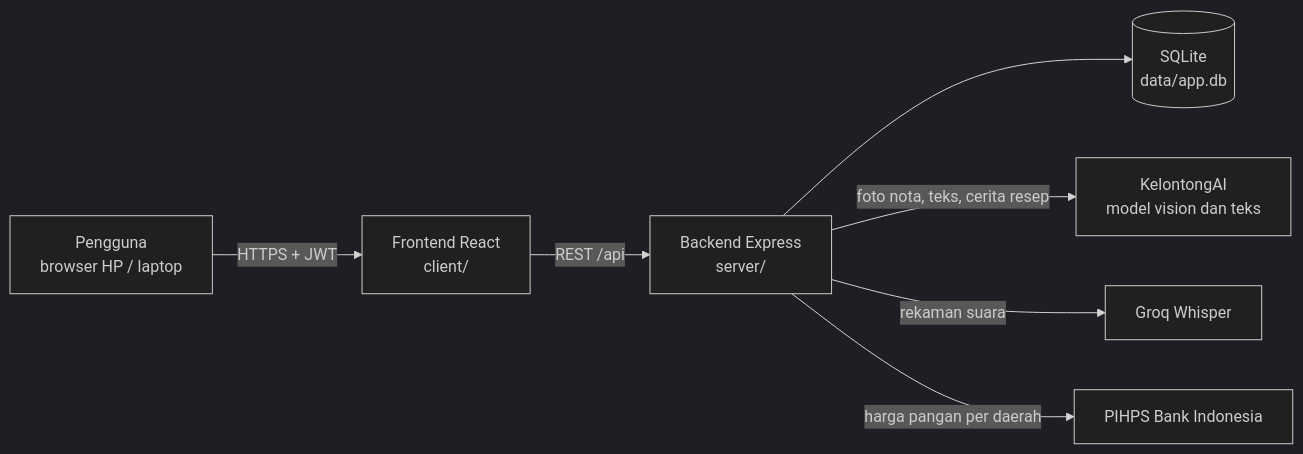
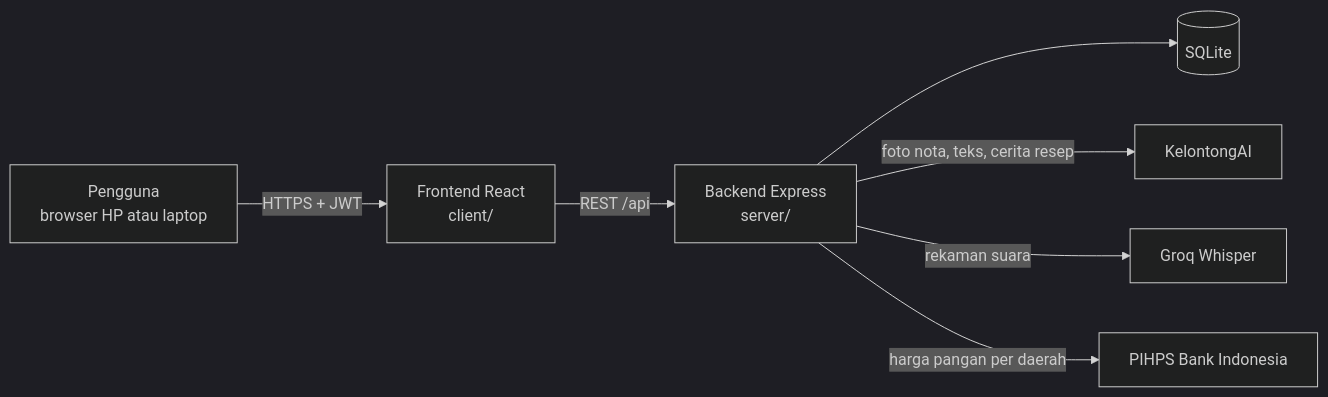
Before and after one commit to Ramadeva1101/TAKARIN_AI: the first of 2 diagrams in README.md, drawn with Mermaid (dark theme). The commit also changed other lines of this file, not shown here.

Commit message:
docs: README ditulis ulang dengan data tim dan model AI terbaru

````diff
--- a/README.md
+++ b/README.md
@@ -72,9 +57,9 @@
 ```mermaid
 flowchart LR
-  U[Pengguna<br/>browser HP / laptop] -->|HTTPS + JWT| FE[Frontend React<br/>client/]
+  U[Pengguna<br/>browser HP atau laptop] -->|HTTPS + JWT| FE[Frontend React<br/>client/]
   FE -->|REST /api| BE[Backend Express<br/>server/]
-  BE --> DB[(SQLite<br/>data/app.db)]
-  BE -->|foto nota, teks, cerita resep| KA[KelontongAI<br/>model vision dan teks]
+  BE --> DB[(SQLite)]
+  BE -->|foto nota, teks, cerita resep| KA[KelontongAI]
   BE -->|rekaman suara| GQ[Groq Whisper]
   BE -->|harga pangan per daerah| PI[PIHPS Bank Indonesia]
 ```
````
